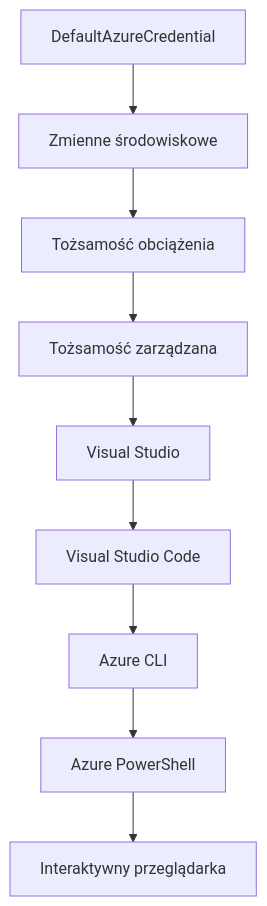
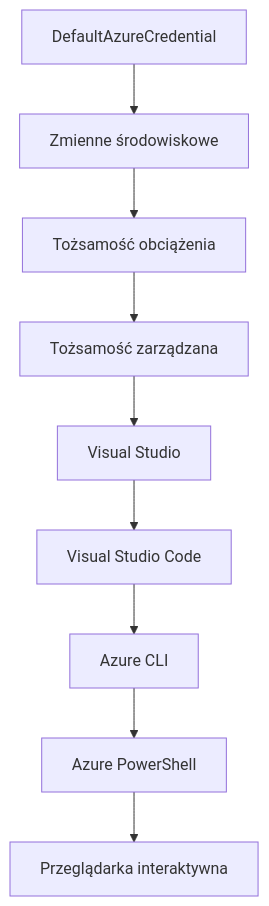
One commit to microsoft/AZD-for-beginners changed the second of 2 diagrams in translations/pl/docs/chapter-01-foundation/azd-basics.md. Above: the diagram before and after it, drawn with Mermaid. The commit also changed other lines of this file and 104 other files, not shown here.

````diff
--- a/translations/pl/docs/chapter-01-foundation/azd-basics.md
+++ b/translations/pl/docs/chapter-01-foundation/azd-basics.md
@@ -591,11 +606,11 @@
 ```mermaid
 graph TD
     A[DefaultAzureCredential] --> B[Zmienne środowiskowe]
     B --> C[Tożsamość obciążenia]
     C --> D[Tożsamość zarządzana]
     D --> E[Visual Studio]
     E --> F[Visual Studio Code]
     F --> G[Azure CLI]
     G --> H[Azure PowerShell]
-    H --> I[Interaktywny przeglądarka]
+    H --> I[Przeglądarka interaktywna]
 ```
````
